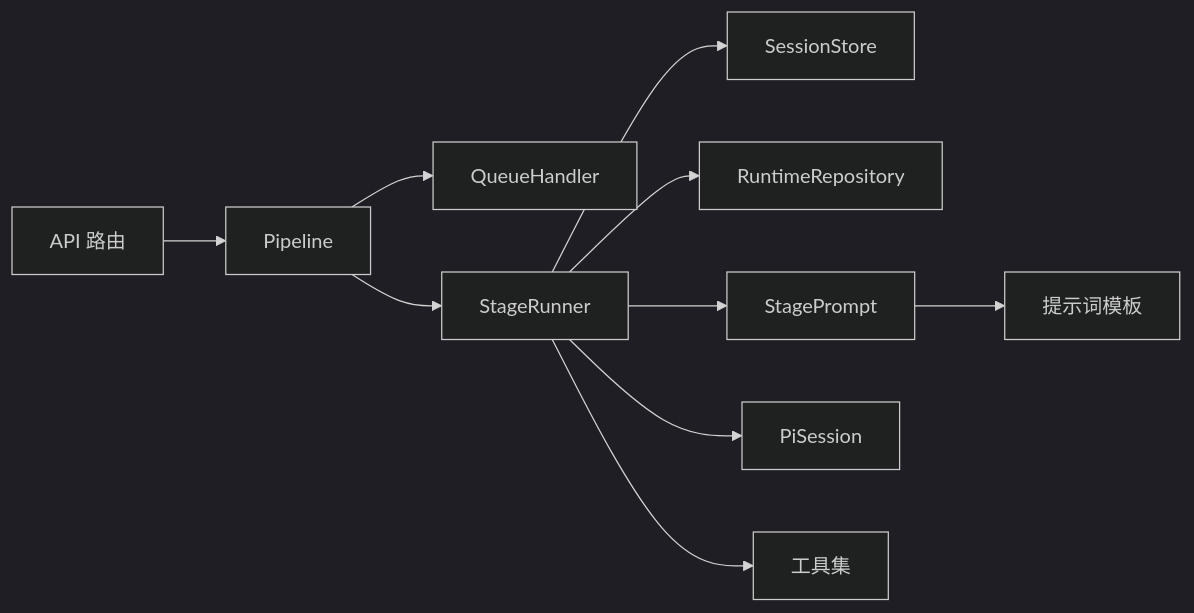
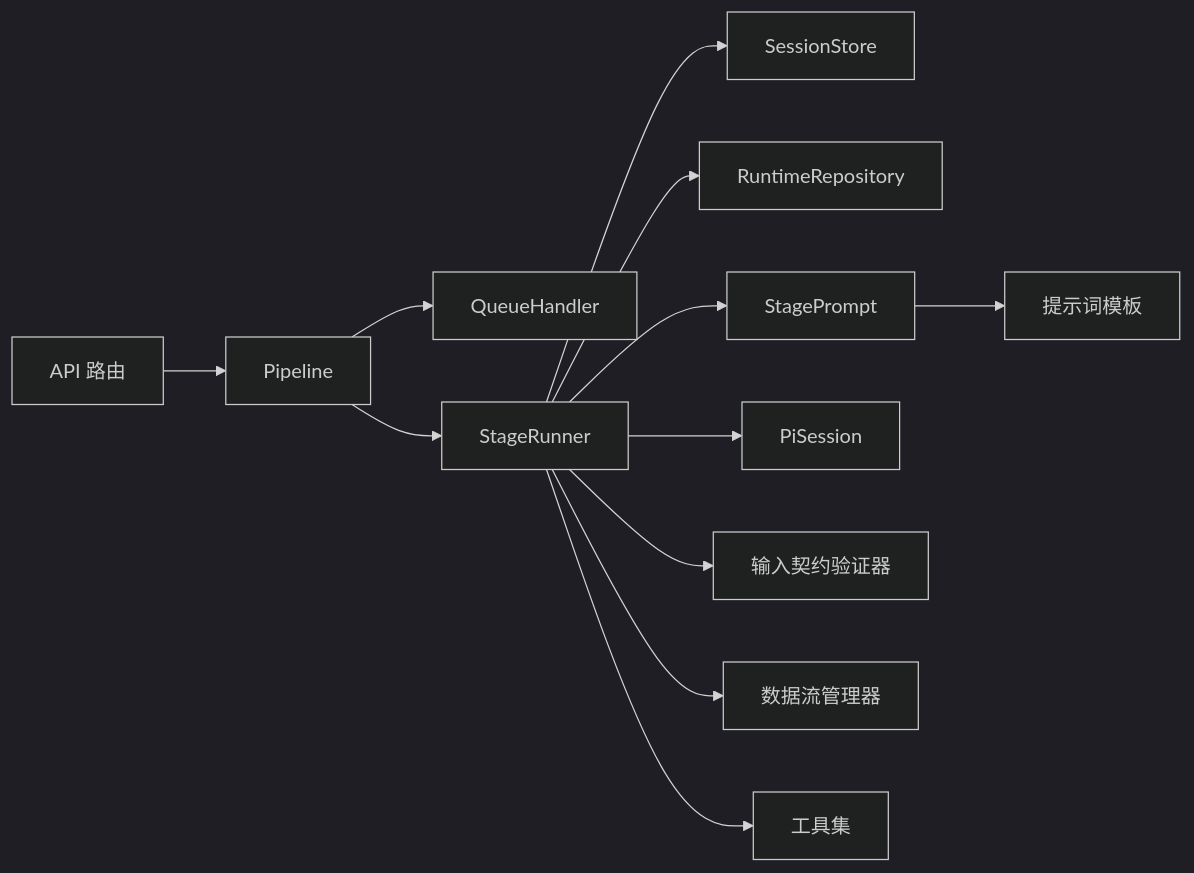
One commit to AIMFllyYS/code-video-canvas changed the fifth of 5 diagrams in .qoder/repowiki/zh/content/架构设计/核心模块设计/导演系统设计/导演系统设计.md. Above: the diagram before and after it, drawn with Mermaid (dark theme). The commit also changed other lines of this file and 31 other files, not shown here.

````diff
--- a/.qoder/repowiki/zh/content/架构设计/核心模块设计/导演系统设计/导演系统设计.md
+++ b/.qoder/repowiki/zh/content/架构设计/核心模块设计/导演系统设计/导演系统设计.md
@@ -400,12 +495,14 @@
 ```mermaid
 graph LR
 API["API 路由"] --> PIPE["Pipeline"]
 PIPE --> QH["QueueHandler"]
 PIPE --> SR["StageRunner"]
 SR --> SS["SessionStore"]
 SR --> RR["RuntimeRepository"]
 SR --> SP["StagePrompt"]
 SR --> PS["PiSession"]
+SR --> ICV["输入契约验证器"]
+SR --> DFM["数据流管理器"]
 SP --> PROMPTS["提示词模板"]
 SR --> TOOLS["工具集"]
 ```
````
